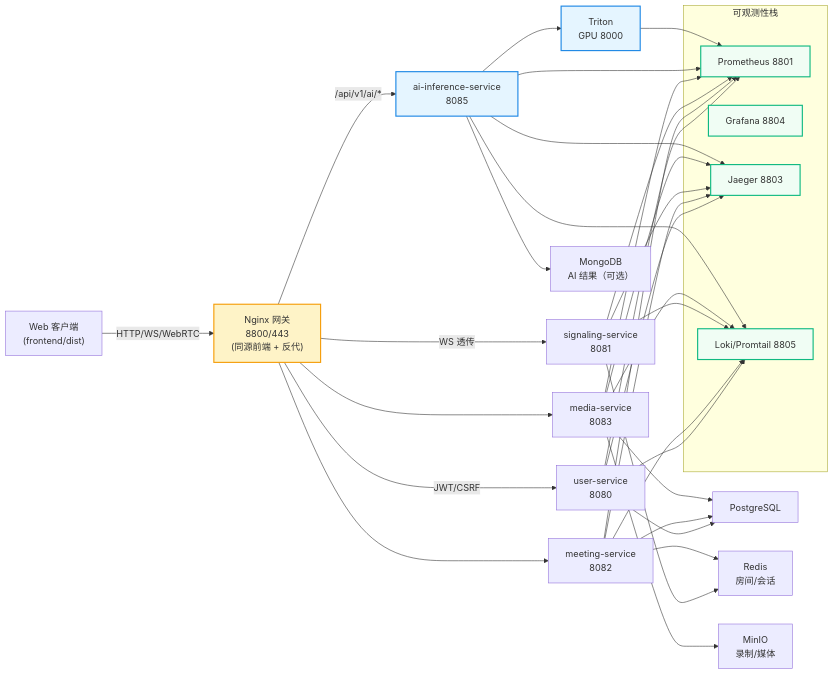
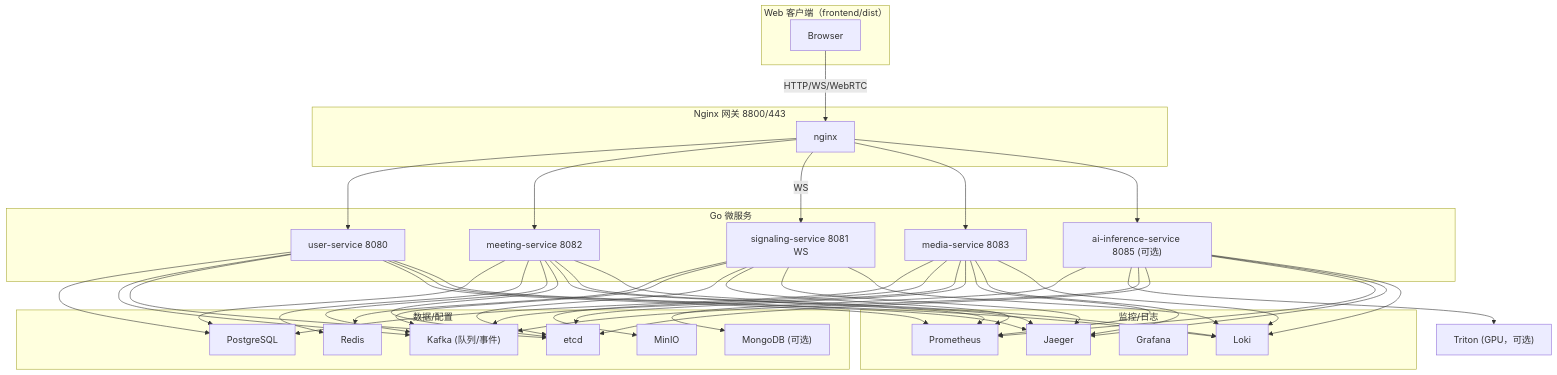
Before and after one commit to gugugu5331/VideoCall-System: the first of 3 diagrams in meeting-system/README.md, drawn with Mermaid. The commit also changed other lines of this file and 93 other files, not shown here.

````diff
--- a/meeting-system/README.md
+++ b/meeting-system/README.md
@@ -21,52 +63,48 @@
 ```mermaid
-graph LR
-    Client["Web 客户端\n(frontend/dist)"] -->|HTTP/WS/WebRTC| Nginx["Nginx 网关\n8800/443\n(同源前端 + 反代)"]
+graph TB
+  subgraph Client["Web 客户端（frontend/dist）"]
+    Browser["Browser"]
+  end
+  subgraph Gateway["Nginx 网关 8800/443"]
+    Nginx["nginx"]
+  end
+  subgraph Services["Go 微服务"]
+    User["user-service 8080"]
+    Signal["signaling-service 8081 WS"]
+    Meeting["meeting-service 8082"]
+    Media["media-service 8083"]
+    AI["ai-inference-service 8085 (可选)"]
+  end
+  subgraph Data["数据/配置"]
+    PG["PostgreSQL"]
+    Redis["Redis"]
+    Minio["MinIO"]
+    Mongo["MongoDB (可选)"]
+    Etcd["etcd"]
+    Kafka["Kafka (队列/事件)"]
+  end
+  Triton["Triton (GPU，可选)"]
+  subgraph Obs["监控/日志"]
+    Prom["Prometheus"]
+    Jaeger["Jaeger"]
+    Graf["Grafana"]
+    Loki["Loki"]
+  end
 
-    Nginx -->|JWT/CSRF| UserSvc["user-service\n8080"]
-    Nginx --> MeetingSvc["meeting-service\n8082"]
-    Nginx -->|WS 透传| SignalSvc["signaling-service\n8081"]
-    Nginx --> MediaSvc["media-service\n8083"]
-    Nginx -->|/api/v1/ai/*| AISvc["ai-inference-service\n8085"]
-
-    UserSvc --> PG["PostgreSQL"]
-    MeetingSvc --> PG
-    MediaSvc --> PG
-    SignalSvc --> Redis["Redis\n房间/会话"]
-    MeetingSvc --> Redis
-    AISvc --> Mongo["MongoDB\nAI 结果（可选）"]
-    MediaSvc --> MinIO["MinIO\n录制/媒体"]
-    AISvc --> Triton["Triton\nGPU 8000"]
-
-    subgraph Obs["可观测性栈"]
-        Prom["Prometheus 8801"]
-        Graf["Grafana 8804"]
-        Jaeger["Jaeger 8803"]
-        Loki["Loki/Promtail 8805"]
-    end
-
-    UserSvc --> Prom
-    MeetingSvc --> Prom
-    SignalSvc --> Prom
-    MediaSvc --> Prom
-    AISvc --> Prom
-    Triton --> Prom
-
-    UserSvc --> Jaeger
-    MeetingSvc --> Jaeger
-    SignalSvc --> Jaeger
-    MediaSvc --> Jaeger
-    AISvc --> Jaeger
-
-    UserSvc --> Loki
-    MeetingSvc --> Loki
-    SignalSvc --> Loki
-    MediaSvc --> Loki
-    AISvc --> Loki
-
-    classDef ai fill:#e5f5ff,stroke:#1e88e5,stroke-width:2px;
-    classDef gateway fill:#fef3c7,stroke:#f59e0b,stroke-width:2px;
-    classDef obs fill:#f0fdf4,stroke:#10b981,stroke-width:2px;
-    class AISvc,Triton ai;
-    class Nginx gateway;
-    class Prom,Graf,Jaeger,Loki obs;
+  Browser -->|HTTP/WS/WebRTC| Nginx
+  Nginx --> User
+  Nginx --> Meeting
+  Nginx -->|WS| Signal
+  Nginx --> Media
+  Nginx --> AI
+  User & Meeting & Media --> PG
+  Signal & Meeting --> Redis
+  Media --> Minio
+  AI --> Mongo
+  AI --> Triton
+  User & Meeting & Signal & Media & AI --> Kafka
+  User & Meeting & Signal & Media & AI --> Etcd
+  User & Meeting & Signal & Media & AI --> Prom
+  User & Meeting & Signal & Media & AI --> Jaeger
+  User & Meeting & Signal & Media & AI --> Loki
 ```
````
